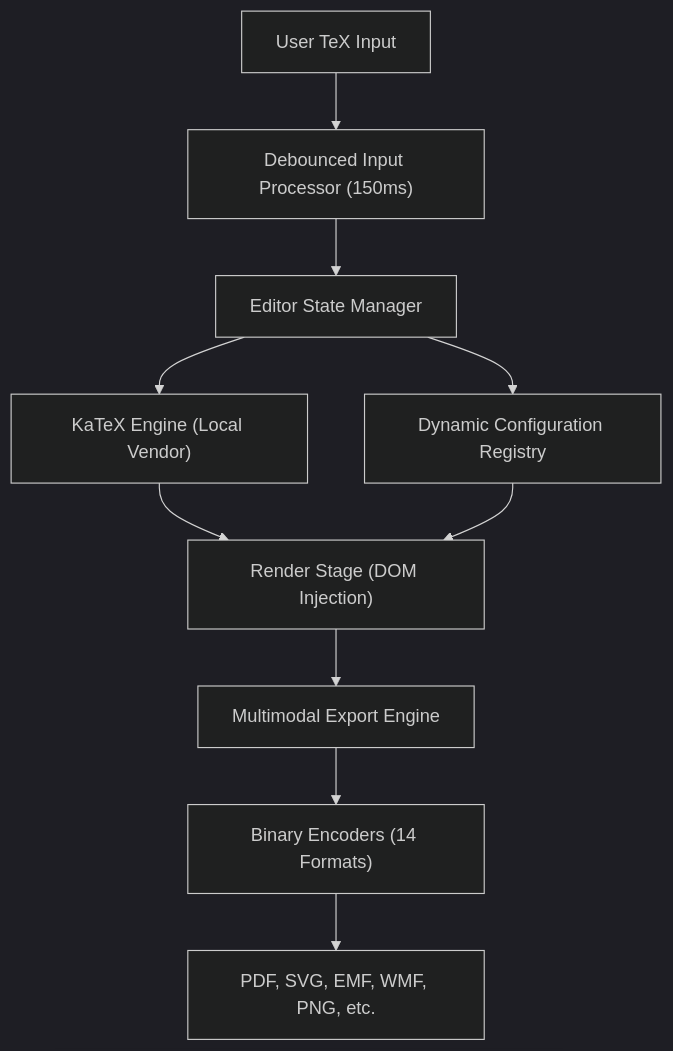
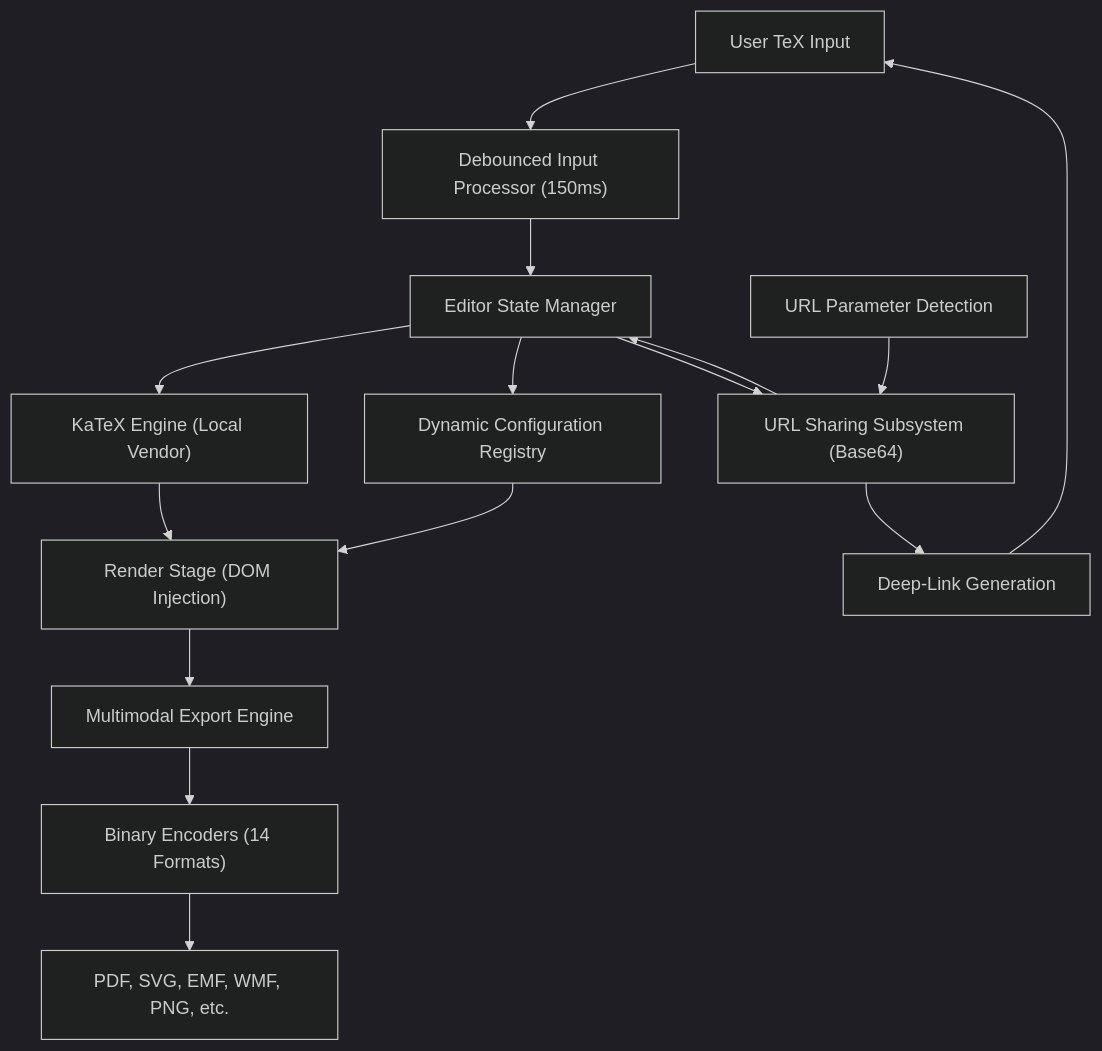
Before and after one commit to Amey-Thakur/LATEXRENDER: the diagram in docs/SPECIFICATION.md, drawn with Mermaid (dark theme). The commit also changed other lines of this file, not shown here.

Commit message:
LaTeX render

````diff
--- a/docs/SPECIFICATION.md
+++ b/docs/SPECIFICATION.md
@@ -9,12 +9,17 @@
 ```mermaid
 graph TD
     User["User TeX Input"] --> Debouncer["Debounced Input Processor (150ms)"]
     Debouncer --> Editor["Editor State Manager"]
     Editor --> KaTeX["KaTeX Engine (Local Vendor)"]
     Editor --> Settings["Dynamic Configuration Registry"]
+    Editor --> Share["URL Sharing Subsystem (Base64)"]
+    Share --> Link["Deep-Link Generation"]
     KaTeX --> Renderer["Render Stage (DOM Injection)"]
     Settings --> Renderer
     Renderer --> Export["Multimodal Export Engine"]
     Export --> Format["Binary Encoders (14 Formats)"]
     Format --> Output["PDF, SVG, EMF, WMF, PNG, etc."]
+    Link --> User
+    URL["URL Parameter Detection"] --> Share
+    Share --> Editor
 ```
````
